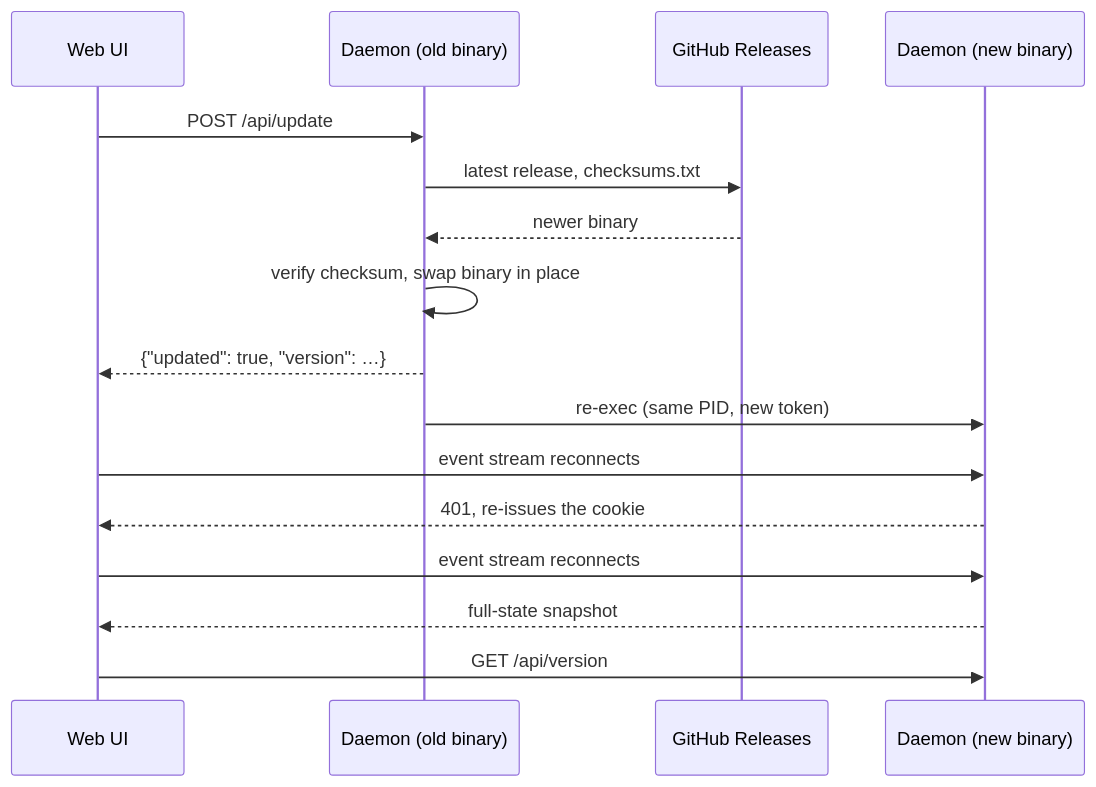
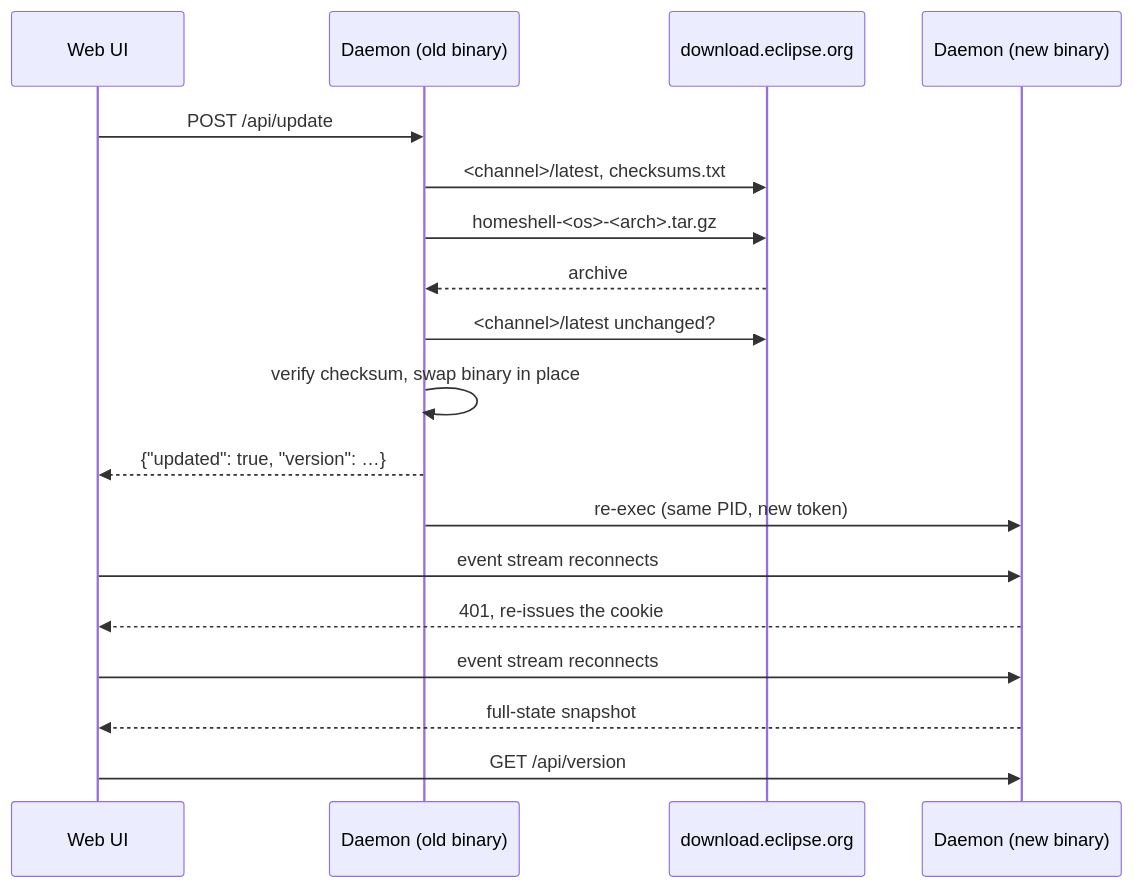
Before and after one commit to eclipse-enclave/homeshell: the fifth of 5 diagrams in docs/ARCHITECTURE.md, drawn with Mermaid. The commit also changed other lines of this file and 62 other files, not shown here.

First line of the commit message:
feat: Publish rolling and promoted releases like Eclipse Enclave (#2)

````diff
--- a/docs/ARCHITECTURE.md
+++ b/docs/ARCHITECTURE.md
@@ -410,19 +419,21 @@
 ```mermaid
 sequenceDiagram
     participant UI as Web UI
     participant D as Daemon (old binary)
-    participant GH as GitHub Releases
+    participant DL as download.eclipse.org
     participant N as Daemon (new binary)
 
     UI->>D: POST /api/update
-    D->>GH: latest release, checksums.txt
-    GH-->>D: newer binary
+    D->>DL: <channel>/latest, checksums.txt
+    D->>DL: homeshell-<os>-<arch>.tar.gz
+    DL-->>D: archive
+    D->>DL: <channel>/latest unchanged?
     D->>D: verify checksum, swap binary in place
     D-->>UI: {"updated": true, "version": …}
     D->>N: re-exec (same PID, new token)
     UI->>N: event stream reconnects
     N-->>UI: 401, re-issues the cookie
     UI->>N: event stream reconnects
     N-->>UI: full-state snapshot
     UI->>N: GET /api/version
 ```
````
